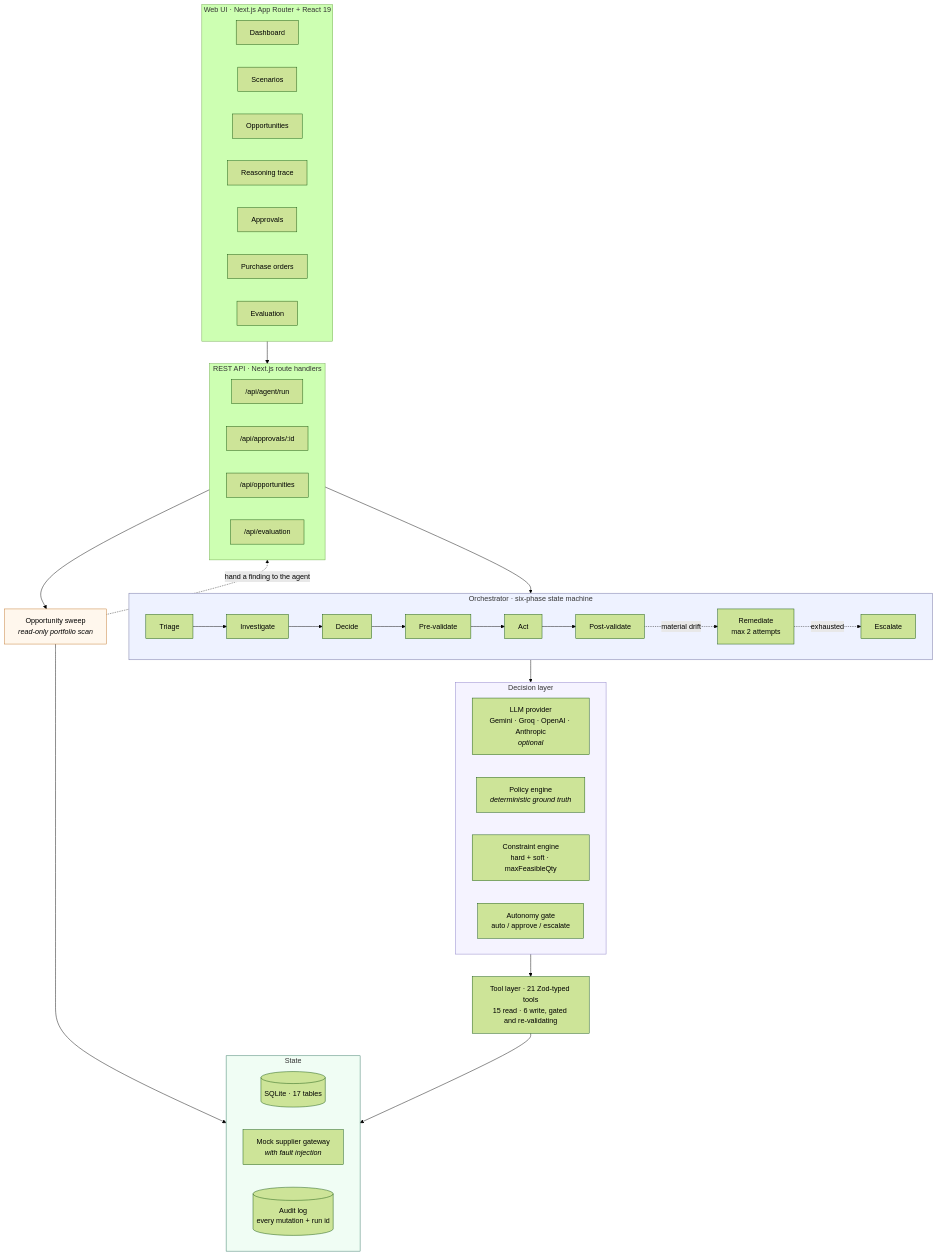
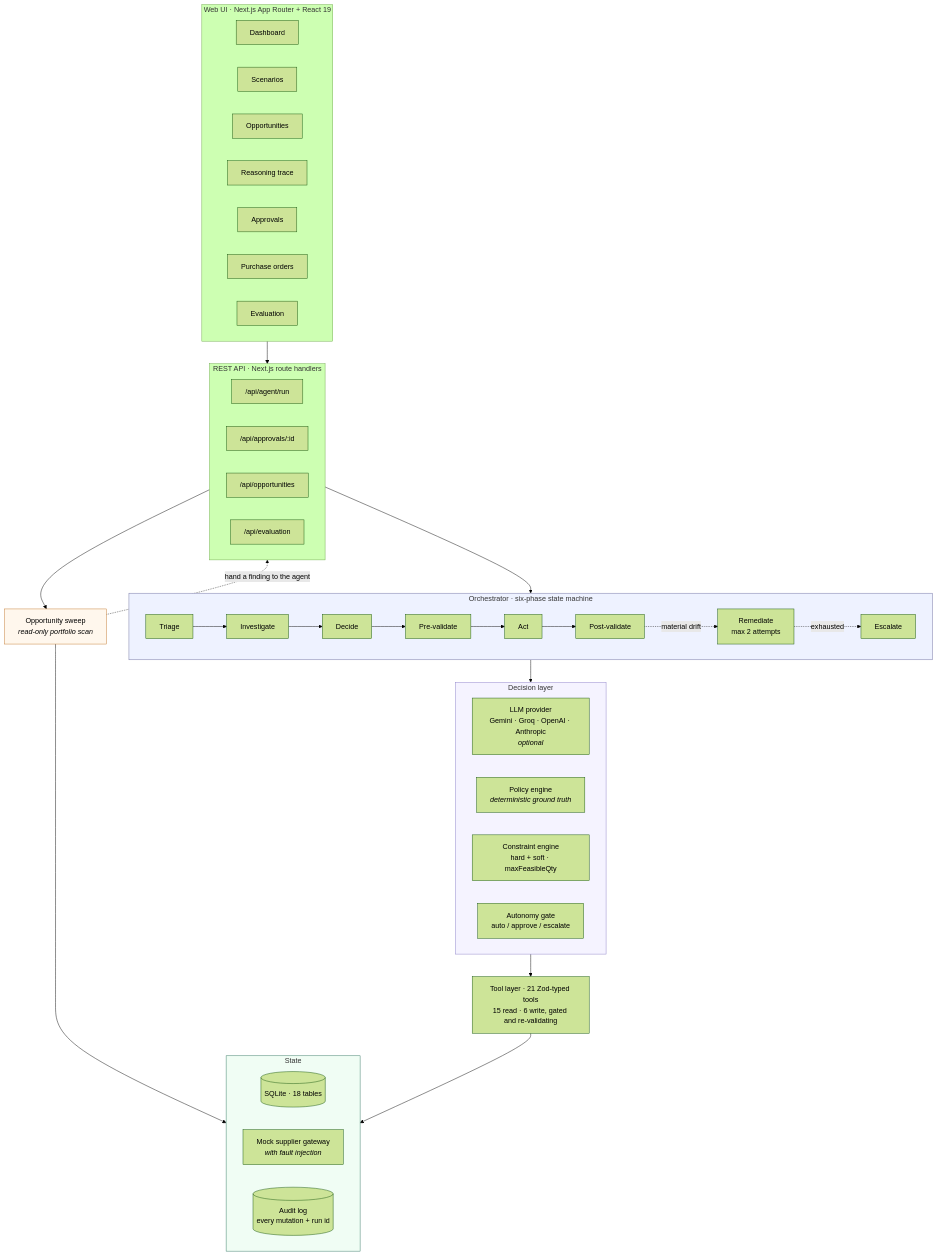
The first of 2 diagrams in README.md (GuptaSoujanya/pip-purchasing-agent), drawn with Mermaid (forest theme) before and after one commit. The commit also changed other lines of this file and 16 other files, not shown here.

````diff
--- a/README.md
+++ b/README.md
@@ -85,61 +120,61 @@
 ```mermaid
 flowchart TB
     subgraph UI["Web UI · Next.js App Router + React 19"]
         direction LR
         U1["Dashboard"]
         U2["Scenarios"]
         U3["Opportunities"]
         U4["Reasoning trace"]
         U5["Approvals"]
         U6["Purchase orders"]
         U7["Evaluation"]
     end
 
     subgraph API["REST API · Next.js route handlers"]
         direction LR
         A1["/api/agent/run"]
         A2["/api/approvals/:id"]
         A3["/api/opportunities"]
         A4["/api/evaluation"]
     end
 
     subgraph ORCH["Orchestrator · six-phase state machine"]
         direction LR
         P1["Triage"] --> P2["Investigate"] --> P3["Decide"]
         P3 --> P4["Pre-validate"] --> P5["Act"] --> P6["Post-validate"]
         P6 -.->|material drift| P7["Remediate<br/>max 2 attempts"]
         P7 -.->|exhausted| P8["Escalate"]
     end
 
     subgraph BRAINS["Decision layer"]
         direction LR
         B1["LLM provider<br/>Gemini · Groq · OpenAI · Anthropic<br/><i>optional</i>"]
         B2["Policy engine<br/><i>deterministic ground truth</i>"]
         B3["Constraint engine<br/>hard + soft · maxFeasibleQty"]
         B4["Autonomy gate<br/>auto / approve / escalate"]
     end
 
     TOOLS["Tool layer · 21 Zod-typed tools<br/>15 read · 6 write, gated and re-validating"]
 
     subgraph DATA["State"]
         direction LR
-        D1[("SQLite · 17 tables")]
+        D1[("SQLite · 18 tables")]
         D2["Mock supplier gateway<br/><i>with fault injection</i>"]
         D3[("Audit log<br/>every mutation + run id")]
     end
 
     SWEEP["Opportunity sweep<br/><i>read-only portfolio scan</i>"]
 
     UI --> API --> ORCH
     ORCH --> BRAINS
     BRAINS --> TOOLS
     TOOLS --> DATA
     A3 --> SWEEP
     SWEEP --> D1
     SWEEP -.->|hand a finding to the agent| A1
 
     style ORCH fill:#eef2ff,stroke:#6c6c9e
     style BRAINS fill:#f5f3ff,stroke:#8b7fc7
     style DATA fill:#f0fdf4,stroke:#317562
     style SWEEP fill:#fff7ed,stroke:#c2762a
 ```
````
